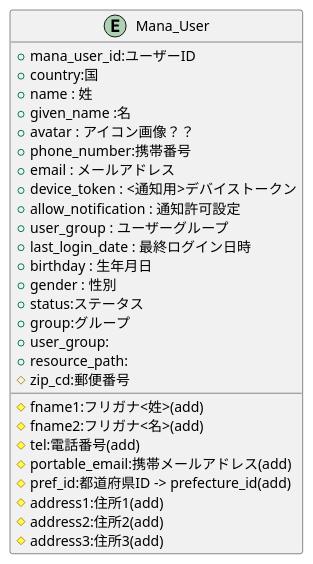
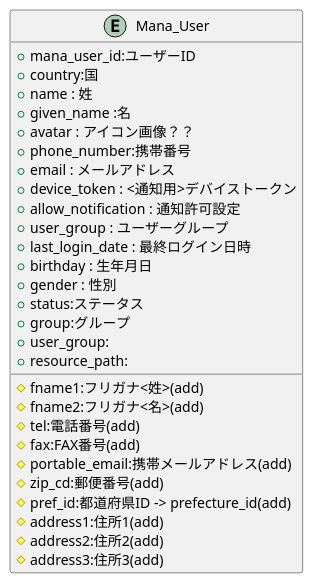
Before and after one commit to popoposorara/ERP_ER: the diagram in Entity/Mana_User.pu, drawn with PlantUML. The commit also changed 6 other files, not shown here.

```diff
--- a/Entity/Mana_User.pu
+++ b/Entity/Mana_User.pu
@@ -1,32 +1,33 @@
 @startuml
 
 entity "Mana_User" {
     + mana_user_id:ユーザーID
     + country:国
     + name : 姓
     + given_name :名
     # fname1:フリガナ<姓>(add)
     # fname2:フリガナ<名>(add)
     + avatar : アイコン画像？？
     # tel:電話番号(add)
+    # fax:FAX番号(add)
     + phone_number:携帯番号
     + email : メールアドレス
     # portable_email:携帯メールアドレス(add)
     + device_token : <通知用>デバイストークン
     + allow_notification : 通知許可設定
     + user_group : ユーザーグループ
     + last_login_date : 最終ログイン日時
     + birthday : 生年月日
     + gender : 性別
     + status:ステータス
     + group:グループ
     + user_group:
     + resource_path:
-    # zip_cd:郵便番号
+    # zip_cd:郵便番号(add)
     # pref_id:都道府県ID -> prefecture_id(add)
     # address1:住所1(add)
     # address2:住所2(add)
     # address3:住所3(add)
 }
 
 @enduml
```
